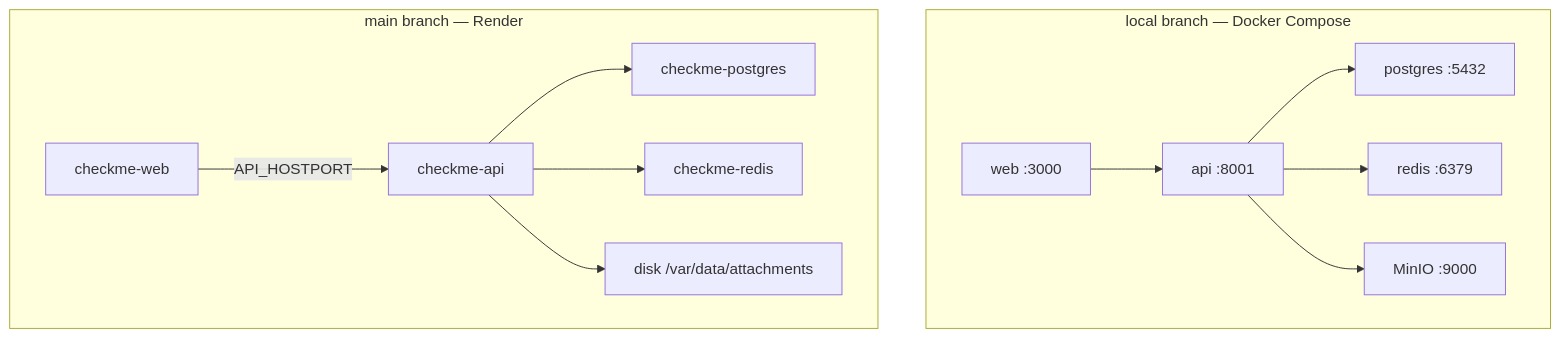
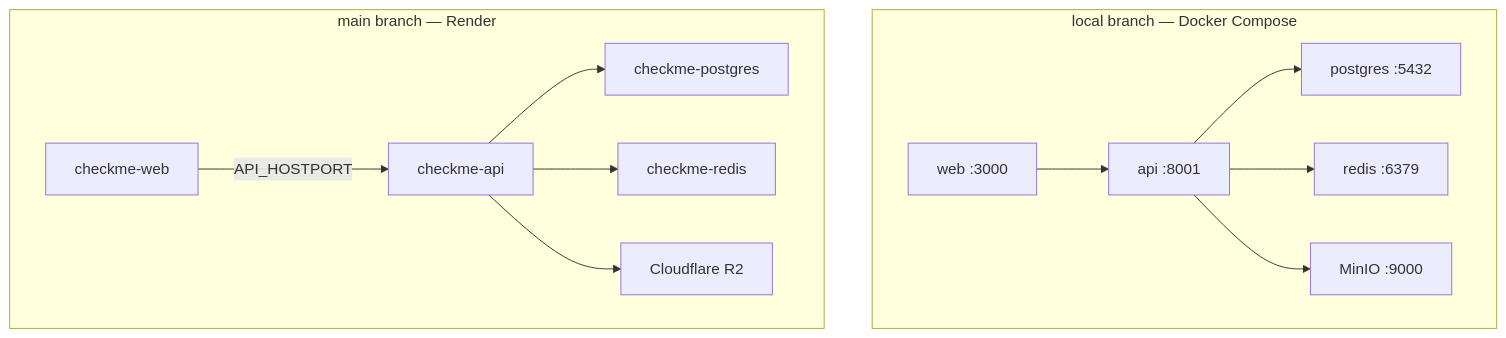
The third of 14 diagrams in docs/diagrams.md (specialshweta26/Checkme), drawn with Mermaid before and after one commit. The commit also changed other lines of this file and 5 other files, not shown here.

First line of the commit message:
Remove the attachments disk from checkme-api.

````diff
--- a/docs/diagrams.md
+++ b/docs/diagrams.md
@@ -62,16 +62,16 @@
 ```mermaid
 flowchart TB
   subgraph Local["local branch — Docker Compose"]
     LWeb["web :3000"] --> LApi["api :8001"]
     LApi --> LPg["postgres :5432"]
     LApi --> LRedis["redis :6379"]
     LApi --> LMinio["MinIO :9000"]
   end
 
   subgraph Render["main branch — Render"]
     RWeb["checkme-web"] -->|"API_HOSTPORT"| RApi["checkme-api"]
     RApi --> RPg["checkme-postgres"]
     RApi --> RRedis["checkme-redis"]
-    RApi --> RDisk["disk /var/data/attachments"]
+    RApi --> RFiles["Cloudflare R2"]
   end
 ```
````
